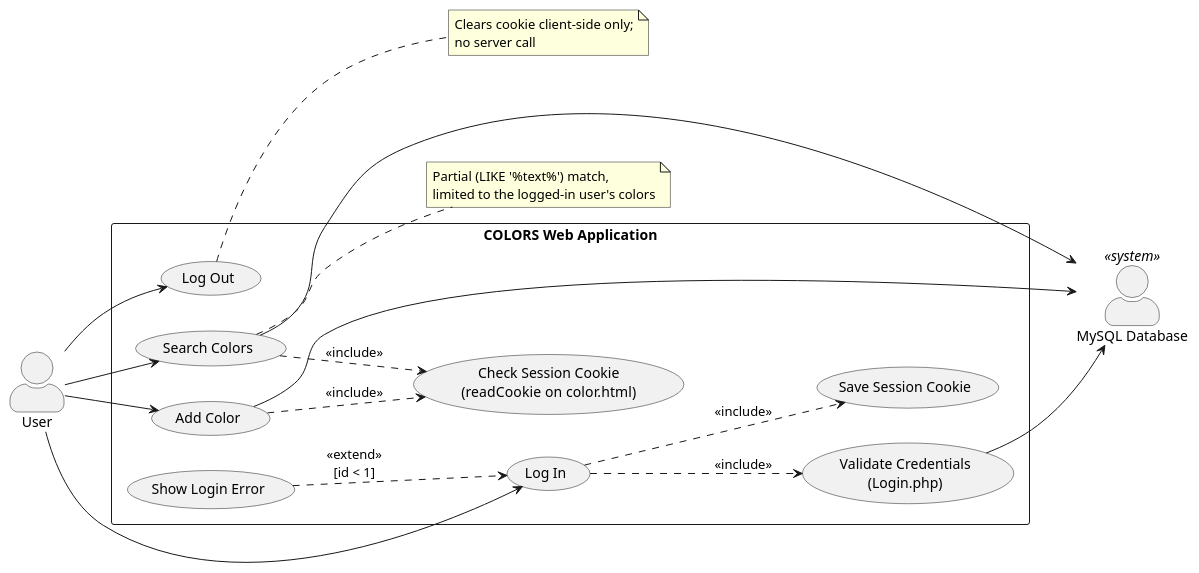
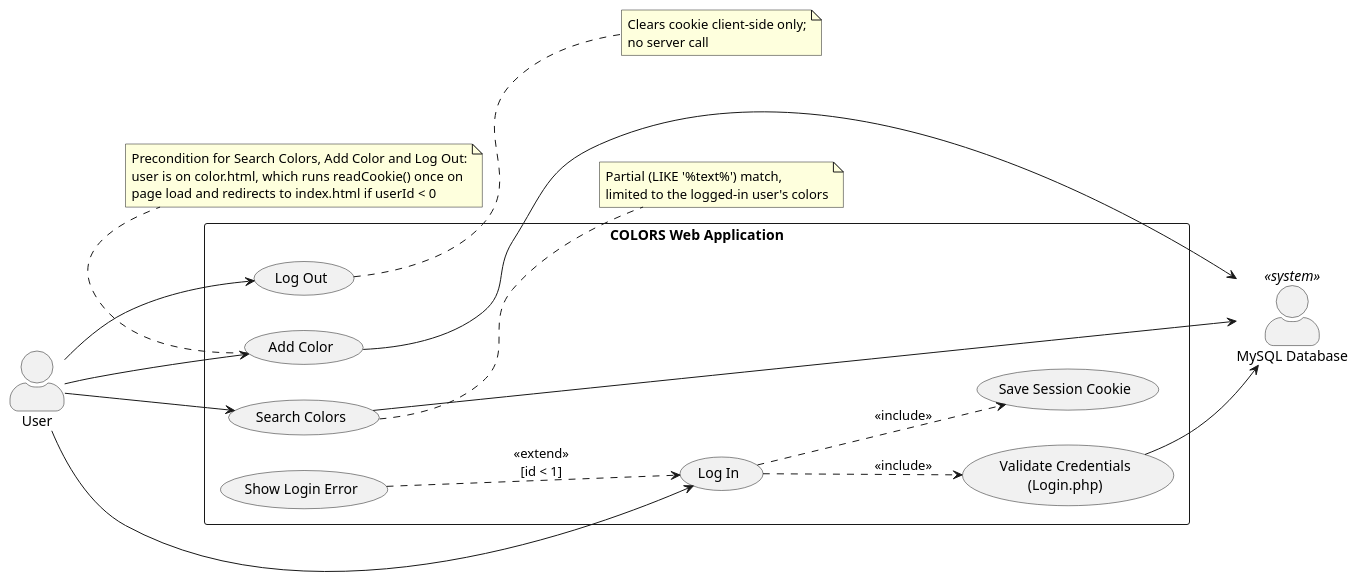
Before and after one commit to k4theriina/ColorsAssignment: the diagram in docs/uml/usecase.puml, drawn with PlantUML. The commit also changed 5 other files, not shown here.

Commit message:
Fix UML diagrams to match code: session check, readCookie guard, userId type, Colors.UserID

```diff
--- a/docs/uml/usecase.puml
+++ b/docs/uml/usecase.puml
@@ -1,50 +1,52 @@
 @startuml usecase
 ' Use Case Diagram - COLORS LAMP web application
 ' Reflects public/js/code.js and api/*.php as implemented.
 ' Note: there is no registration use case; accounts are seeded directly in MySQL.
 
 left to right direction
 skinparam packageStyle rectangle
 skinparam actorStyle awesome
 
 actor "User" as user
 actor "MySQL Database" as db <<system>>
 
 rectangle "COLORS Web Application" {
   usecase "Log In" as UC_Login
   usecase "Validate Credentials\n(Login.php)" as UC_Validate
   usecase "Save Session Cookie" as UC_SaveCookie
-  usecase "Check Session Cookie\n(readCookie on color.html)" as UC_CheckSession
   usecase "Search Colors" as UC_Search
   usecase "Add Color" as UC_Add
   usecase "Log Out" as UC_Logout
   usecase "Show Login Error" as UC_LoginError
 }
 
 user --> UC_Login
 user --> UC_Search
 user --> UC_Add
 user --> UC_Logout
 
 UC_Login ..> UC_Validate : <<include>>
 UC_Login ..> UC_SaveCookie : <<include>>
 UC_LoginError ..> UC_Login : <<extend>>\n[id < 1]
 
-UC_Search ..> UC_CheckSession : <<include>>
-UC_Add ..> UC_CheckSession : <<include>>
-
 UC_Validate --> db
 UC_Search --> db
 UC_Add --> db
 
 note right of UC_Search
   Partial (LIKE '%text%') match,
   limited to the logged-in user's colors
 end note
 
+note bottom of UC_Add
+  Precondition for Search Colors, Add Color and Log Out:
+  user is on color.html, which runs readCookie() once on
+  page load and redirects to index.html if userId < 0
+end note
+
 note right of UC_Logout
   Clears cookie client-side only;
   no server call
 end note
 
 @enduml
```
